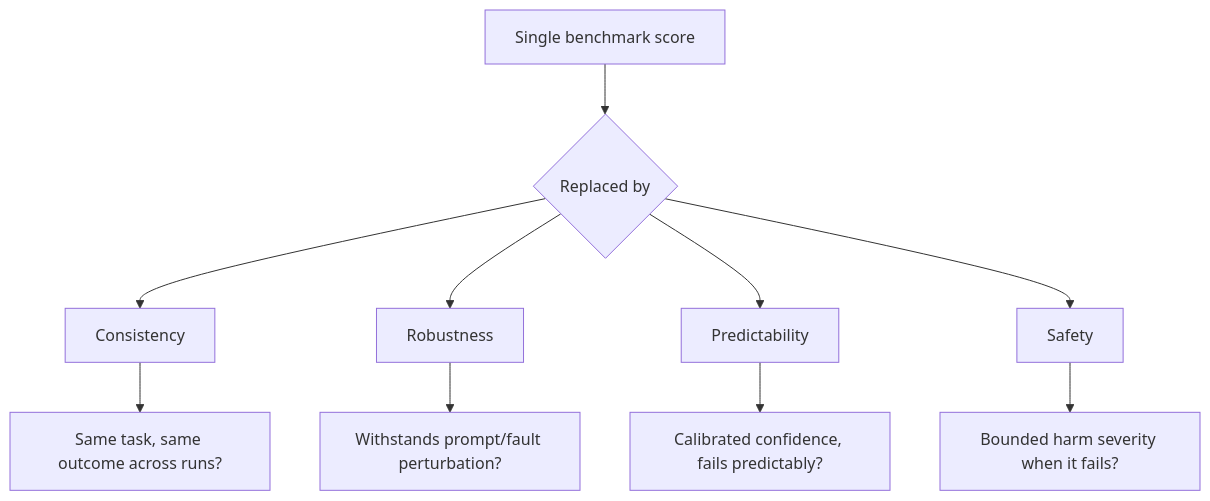
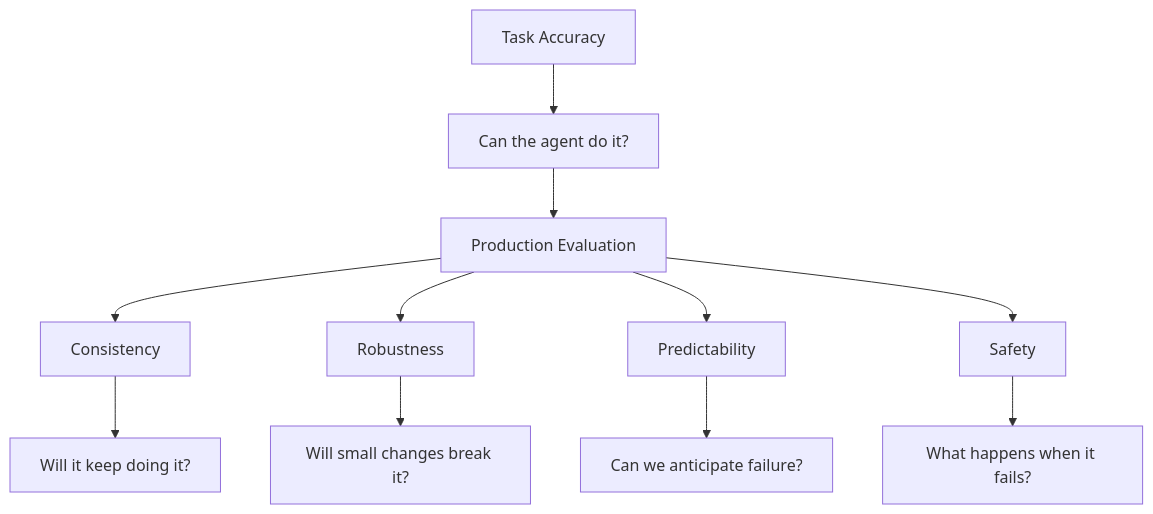
Before and after one commit to minwu-ai/minwu-ai.github.io: the diagram in posts/unpublished/the-reliability-gap-what-princeton-s-twelve-metrics-tell-pro.md, drawn with Mermaid. The commit also changed other lines of this file, not shown here.

````diff
--- a/posts/unpublished/the-reliability-gap-what-princeton-s-twelve-metrics-tell-pro.md
+++ b/posts/unpublished/the-reliability-gap-what-princeton-s-twelve-metrics-tell-pro.md
@@ -25,12 +84,16 @@
 ```mermaid
 flowchart TD
-    A[Single benchmark score] --> B{Replaced by}
-    B --> C[Consistency]
-    B --> D[Robustness]
-    B --> E[Predictability]
-    B --> F[Safety]
-    C --> C1[Same task, same outcome across runs?]
-    D --> D1[Withstands prompt/fault perturbation?]
-    E --> E1[Calibrated confidence, fails predictably?]
-    F --> F1[Bounded harm severity when it fails?]
+    A[Task Accuracy] --> B[Can the agent do it?]
+
+    B --> C[Production Evaluation]
+
+    C --> D[Consistency]
+    C --> E[Robustness]
+    C --> F[Predictability]
+    C --> G[Safety]
+
+    D --> D1[Will it keep doing it?]
+    E --> E1[Will small changes break it?]
+    F --> F1[Can we anticipate failure?]
+    G --> G1[What happens when it fails?]
 ```
````
